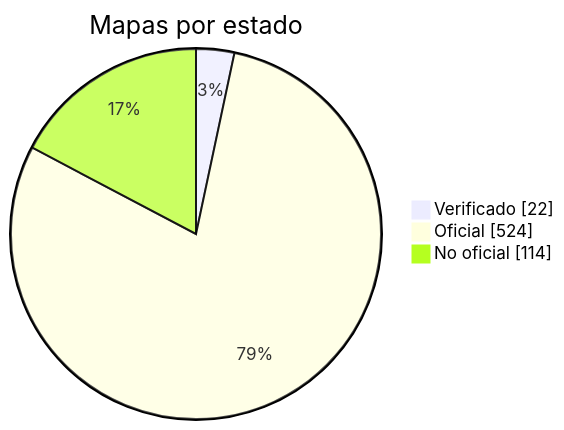
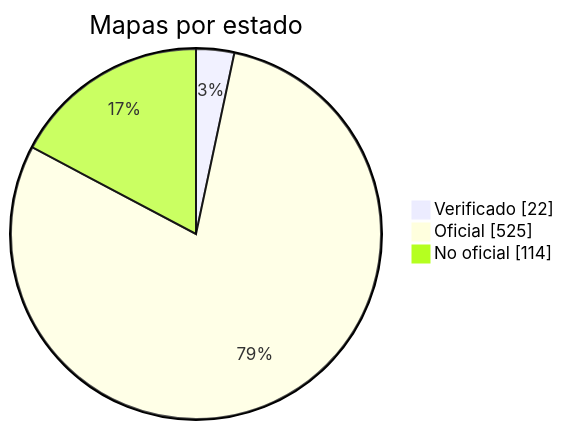
The diagram in docs/readme/README_ES.md (nobrega8/mbmap-library), drawn with Mermaid before and after one commit. The commit also changed 7 other files, not shown here.

````diff
--- a/docs/readme/README_ES.md
+++ b/docs/readme/README_ES.md
@@ -54,7 +54,7 @@
 ```mermaid
 pie showData
     title Mapas por estado
     "Verificado" : 22
-    "Oficial" : 524
+    "Oficial" : 525
     "No oficial" : 114
 ```
````
